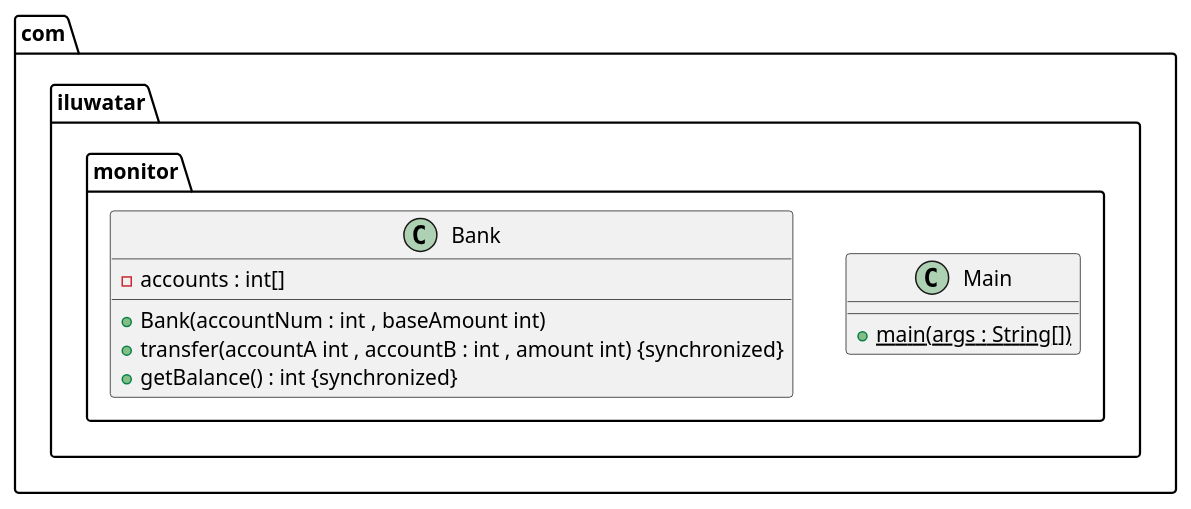
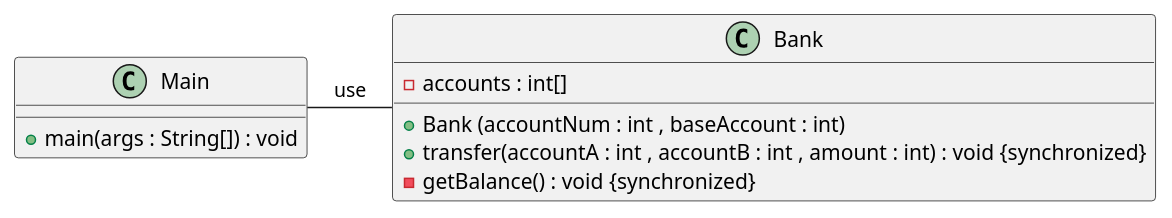
One commit to iluwatar/java-design-patterns changed the diagram in monitor/etc/monitor.urm.puml. Above: the diagram before and after it, drawn with PlantUML.

Commit message:
update puml file .

```diff
--- a/monitor/etc/monitor.urm.puml
+++ b/monitor/etc/monitor.urm.puml
@@ -1,13 +1,12 @@
 @startuml
-package com.iluwatar.monitor {
-  class Main {
-    + main(args : String[]) {static}
-  }
-  class Bank {
+Main - Bank : use
+class Main{
+    + main(args : String[]) : void
+}
+class Bank{
     - accounts : int[]
-    + Bank(accountNum : int , baseAmount int)
-    + transfer(accountA int , accountB : int , amount int) {synchronized}
-    + getBalance() : int {synchronized}
-  }
+    + Bank (accountNum : int , baseAccount : int)
+    + transfer(accountA : int , accountB : int , amount : int) : void {synchronized}
+    - getBalance() : void {synchronized}
 }
 @enduml
```
